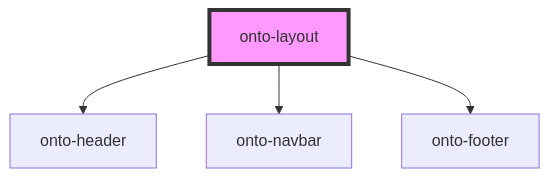
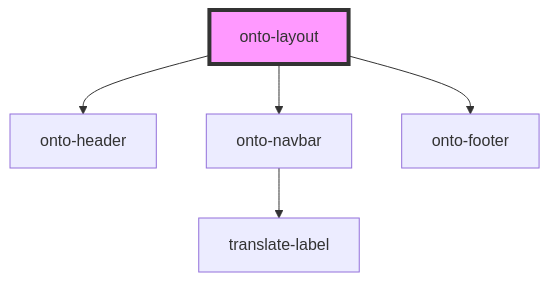
Before and after one commit to Ontotext-AD/graphdb-workbench: the diagram in packages/shared-components/src/components/onto-layout/readme.md, drawn with Mermaid. The commit also changed 3 other files, not shown here.

````diff
--- a/packages/shared-components/src/components/onto-layout/readme.md
+++ b/packages/shared-components/src/components/onto-layout/readme.md
@@ -17,7 +17,8 @@
 ```mermaid
 graph TD;
   onto-layout --> onto-header
   onto-layout --> onto-navbar
   onto-layout --> onto-footer
+  onto-navbar --> translate-label
   style onto-layout fill:#f9f,stroke:#333,stroke-width:4px
 ```
````
